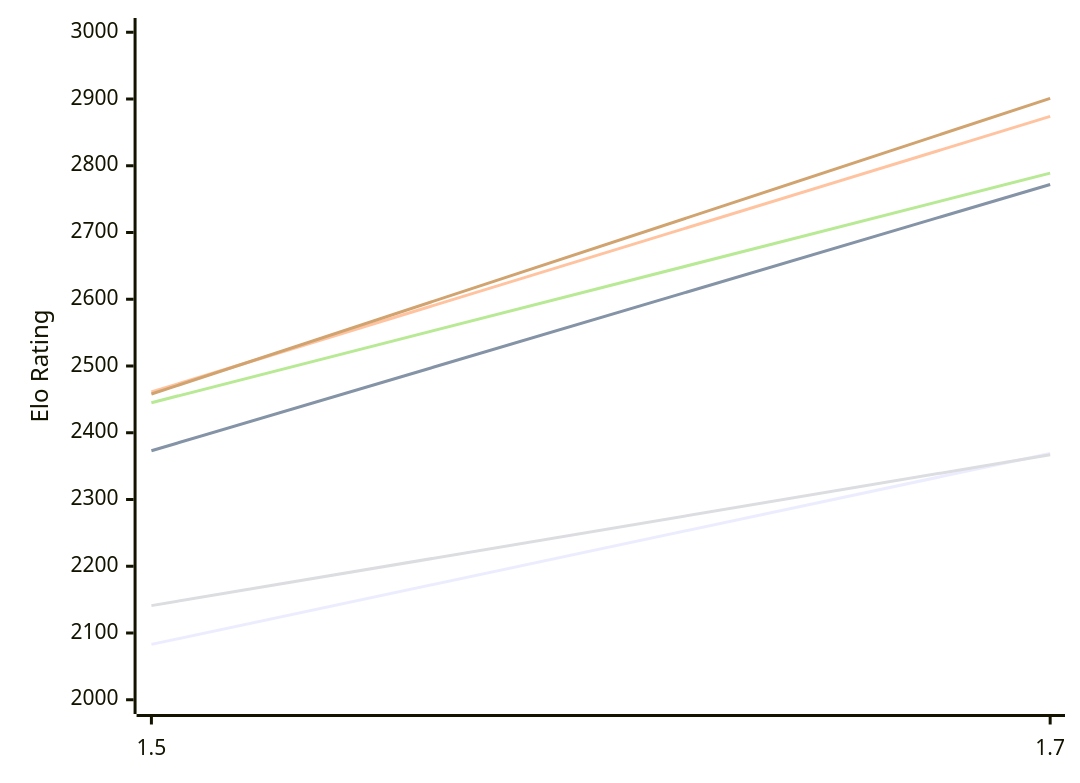
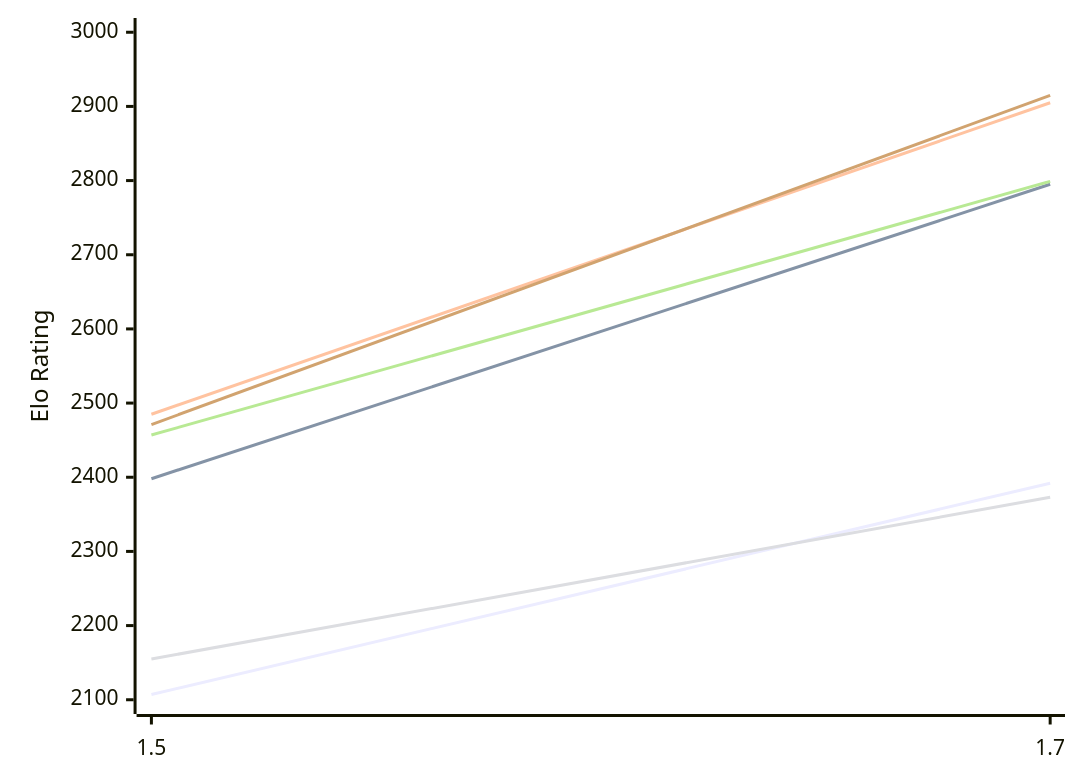
One commit to computer-chess-index/cci changed the first of 2 diagrams in engines/Facon.md. Above: the diagram before and after it, drawn with Mermaid. The commit also changed other lines of this file, not shown here.

Commit message:
Update CCI Ratings (ELO VLTC) - 2026-10-24

````diff
--- a/engines/Facon.md
+++ b/engines/Facon.md
@@ -52,12 +52,12 @@
 ```mermaid
 %%{init: {"theme":"base","themeVariables":{"seriesColors:['#a3a3a3','#222221','#faa371']}}}%%
 xychart-beta
   x-axis ["1.5", "1.7"]
-  y-axis "Elo Rating" 2000 --> 3000
-  line "E1: STC (8.0+0.08s)" [2083, 2369]
-  line "E1: LTC (60.0+0.60s)" [2373, 2772]
-  line "E1: VLTC (2m24s+1.12s)" [2461, 2874]
-  line "P1: STC (8.0+0.08s)" [2141, 2367]
-  line "P1: LTC (60.0+0.60s)" [2445, 2789]
-  line "P1: VLTC (2m24s+1.12s)" [2458, 2901]
+  y-axis "Elo Rating" 2100 --> 3000
+  line "E1: STC (8.0+0.08s)" [2107, 2392]
+  line "E1: LTC (60.0+0.60s)" [2398, 2795]
+  line "E1: VLTC (2m24s+1.12s)" [2485, 2905]
+  line "P1: STC (8.0+0.08s)" [2155, 2373]
+  line "P1: LTC (60.0+0.60s)" [2457, 2799]
+  line "P1: VLTC (2m24s+1.12s)" [2471, 2915]
 ```
````
